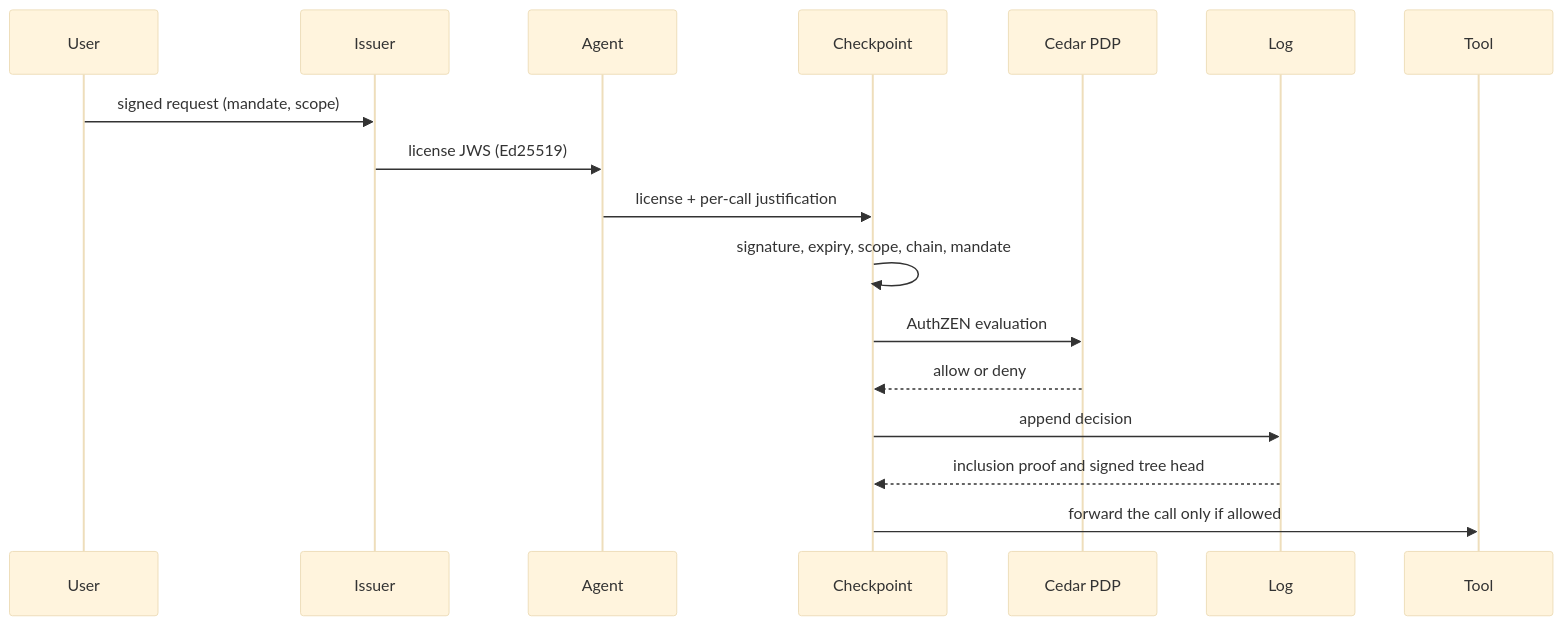
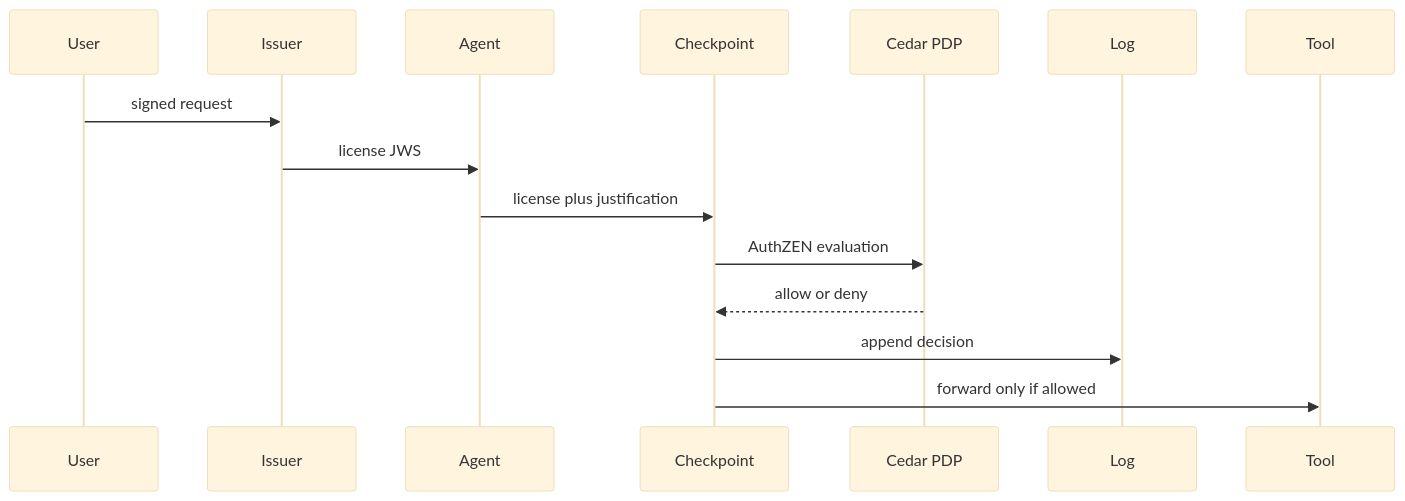
One commit to mlescaille/agent-town changed the diagram in README.md. Above: the diagram before and after it, drawn with Mermaid (base theme). The commit also changed other lines of this file and 77 other files, not shown here.

````diff
--- a/README.md
+++ b/README.md
@@ -9,19 +93,17 @@
 ```mermaid
 sequenceDiagram
   participant User
   participant Issuer
   participant Agent
   participant Checkpoint
   participant PDP as Cedar PDP
   participant Log
   participant Tool
-  User->>Issuer: signed request (mandate, scope)
-  Issuer->>Agent: license JWS (Ed25519)
-  Agent->>Checkpoint: license + per-call justification
-  Checkpoint->>Checkpoint: signature, expiry, scope, chain, mandate
+  User->>Issuer: signed request
+  Issuer->>Agent: license JWS
+  Agent->>Checkpoint: license plus justification
   Checkpoint->>PDP: AuthZEN evaluation
   PDP-->>Checkpoint: allow or deny
   Checkpoint->>Log: append decision
-  Log-->>Checkpoint: inclusion proof and signed tree head
-  Checkpoint->>Tool: forward the call only if allowed
+  Checkpoint->>Tool: forward only if allowed
 ```
````
